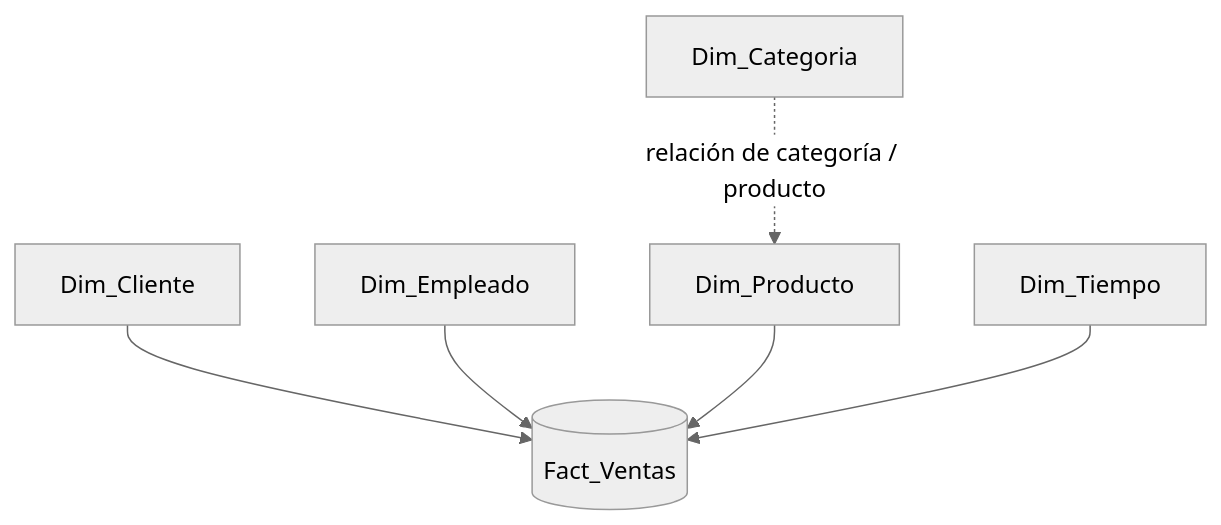
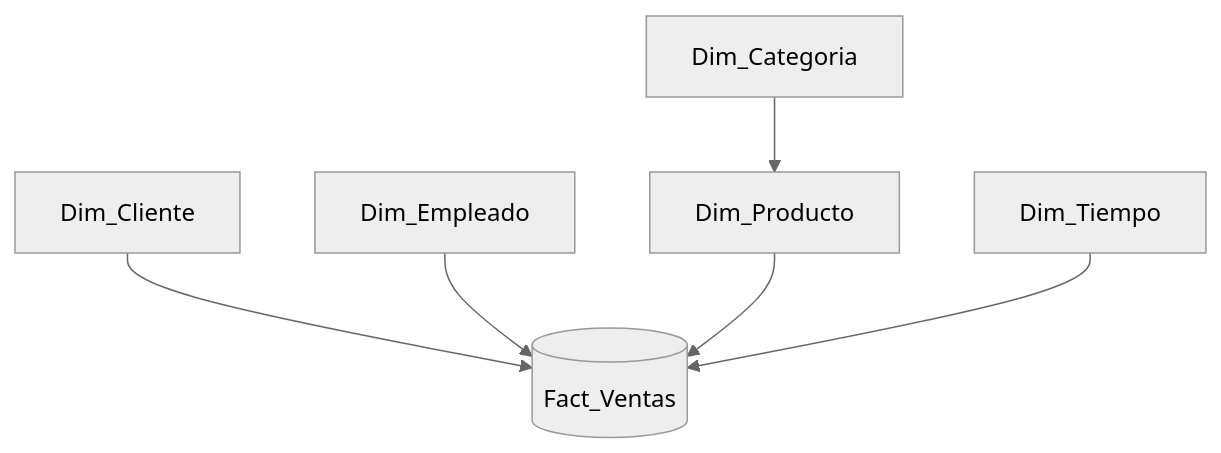
One commit to LucasCarrizo10/DataMart_Northwnd changed the second of 2 diagrams in README.md. Above: the diagram before and after it, drawn with Mermaid (neutral theme).

````diff
--- a/README.md
+++ b/README.md
@@ -51,9 +51,9 @@
 ```mermaid
 flowchart TB
     F[(Fact_Ventas)]
     C[Dim_Cliente] --> F
     E[Dim_Empleado] --> F
     P[Dim_Producto] --> F
-    G[Dim_Categoria] -. relación de categoría / producto .-> P
+    G[Dim_Categoria] --> P
     T[Dim_Tiempo] --> F
 ```
````
